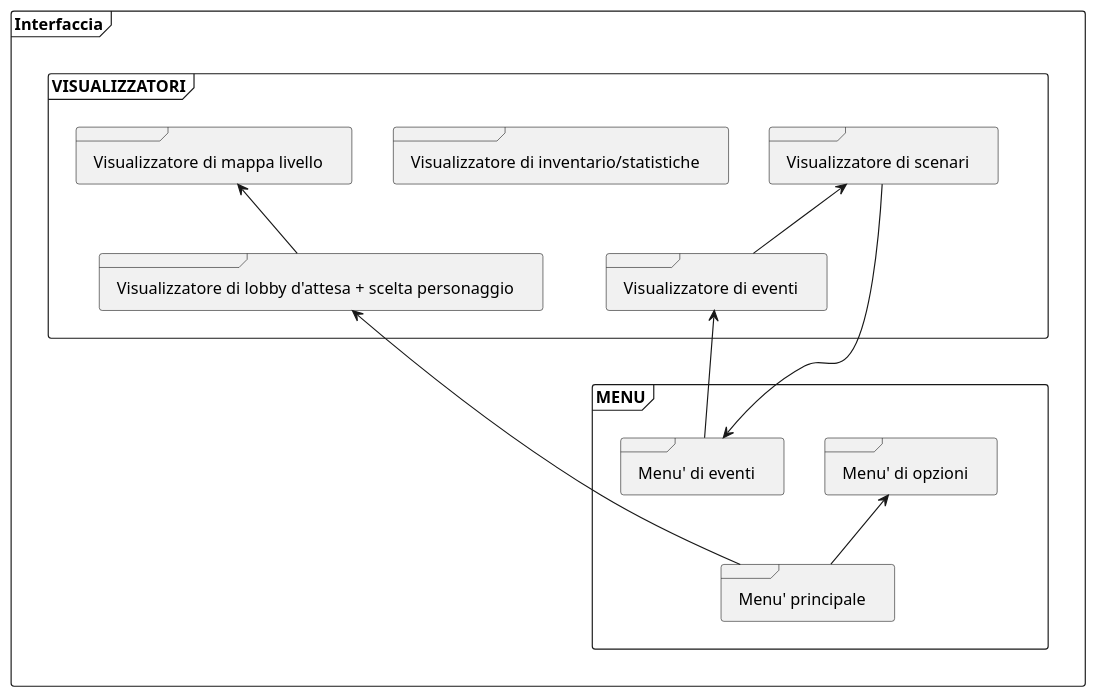
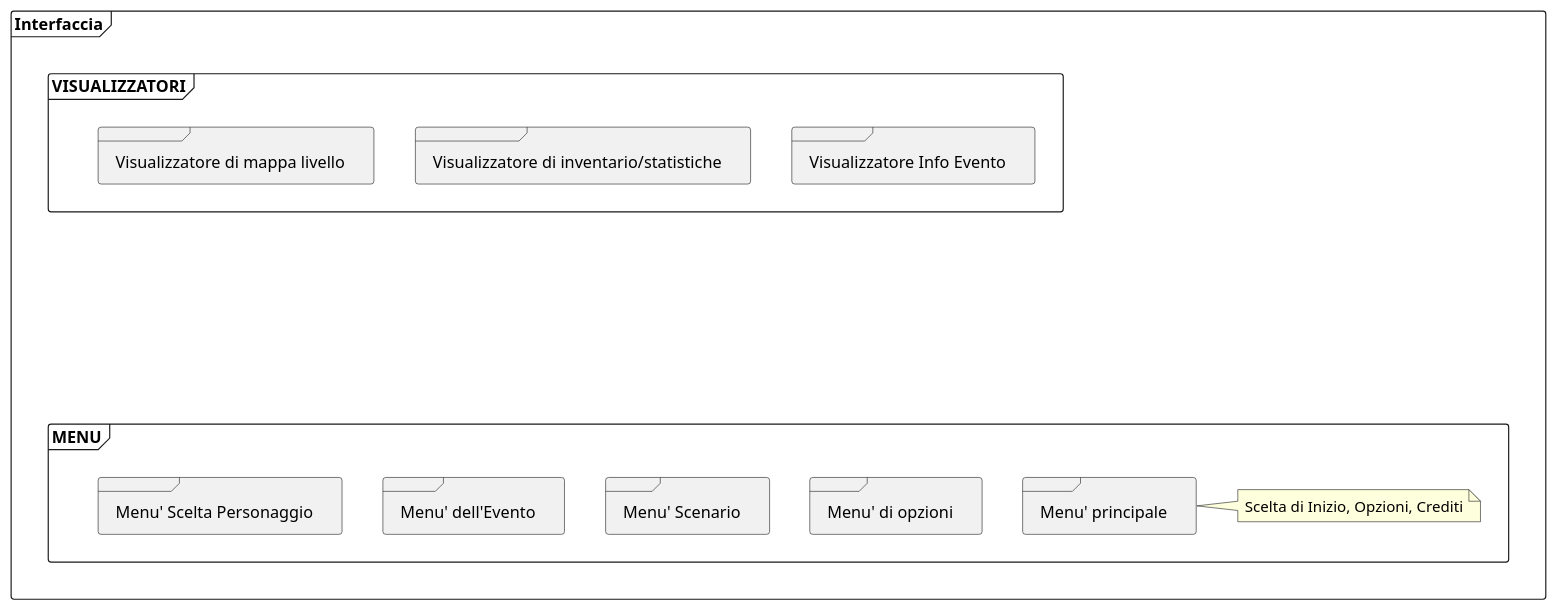
Before and after one commit to frax2004/ProgettoISS: the diagram in Architettura_logica.puml, drawn with PlantUML.

Commit message:
Modifica Architettura Logica (Architettura_logica.puml)

```diff
--- a/Architettura_logica.puml
+++ b/Architettura_logica.puml
@@ -1,88 +1,102 @@
 @startuml Architettura_logica
 
 ' usare MVC (Model-View-Controller):
 ' - Model: database
 ' - View: interfaccia grafica
 ' - Controller: Software vero e proprio
 
 ' Il controller sarà diviso in "categorie di classi"
 ' usando architettura a strati modulare.
 
 ' Model, View e Controller devono poter comunicare tra loro.
 
 ' Da fare una relazione alla fine del progetto
 
 
 ' Tenere a mente Client-Server
 ' Il database può essere "finto" (obv)
 ' DISEGNINO A BLOCKLY CHE A NOI CI PIACCIONO I DISEGNINI
 '
 ' Prossimi passaggi:
 ' 1) Definire i requisiti NON funzionali (non direttamente legati alle
 '    funzionalità del sistema) e definire come misurarli:
 '    ad esempio misure di velocità, performance ecc ecc...
 '
 ' 2) Definire i requisiti funzionali come le user story
 '    (ricorda la sintassi Who-What-Why) e gli Acceptance Criteria
 '
 '
 
 ' View, cosa mettere dentro:
 ' - Visualizzatore di scenari
 ' - Menu' di eventi
 ' - Visualizzatore di eventi
 ' - Visualizzatore di inventario/statistiche
 ' - Menu' principale
 ' - Lobby d'attesa + scelta personaggio
 ' - Visualizzatore di mappa livello
 ' - Menu' opzioni
 '
 
 
 ' Model, cosa mettere dentro:
 ' - Dati relativi ai personaggi/classi/nemici
 ' - Dati relativi all'equipaggiamento
 ' - Dati relativi ai potenziamenti
 
 frame "Interfaccia" {
+  ' Permettono visualizzazione di scelta di opzioni (Tramite Controller)
   frame "MENU" {
+    ' Scelta di Inizio, Opzioni, Crediti    
+    note "Scelta di Inizio, Opzioni, Crediti" as Peppe
     frame "Menu' principale" {
 
     }
-    frame "Menu' di eventi" {
+    "Menu' principale" -> Peppe
+    ' Scelta delle Impostazioni/Opzioni
+    frame "Menu' di opzioni" {
 
     }
-    frame "Menu' di opzioni"
+    ' Scelta degli eventi/opzioni in uno scenario
+    frame "Menu' Scenario" {
+
+    }
+    ' Scelta delle operazioni da fare in un Evento
+    frame "Menu' dell'Evento" {
+
+    }
+    ' Scelta della Classe
+    frame "Menu' Scelta Personaggio" {
+
+    }
   }
 
+    ' Permette la visualizzazione senza scelte (Tramite Controller)
   frame "VISUALIZZATORI" {
-
-    frame "Visualizzatore di scenari" {
+    ' Mostra le info di un evento in particolare
+    ' (Quello scelto dal menu')
+    frame "Visualizzatore Info Evento" {
 
     }
-    frame "Visualizzatore di eventi" {
-
-    }
+    ' Mostra le stats di ogni giocatore
     frame "Visualizzatore di inventario/statistiche" {
 
     }
+    ' Mostra la lista degli scenari (no MENU')
     frame "Visualizzatore di mappa livello" {
 
     }
-    frame "Visualizzatore di lobby d'attesa + scelta personaggio" {
-
-    }
     
-    "Visualizzatore di scenari" <-down- "Visualizzatore di eventi"
-    "Visualizzatore di mappa livello" <-down- "Visualizzatore di lobby d'attesa + scelta personaggio"
-
+    ' "Visualizzatore Info Evento" <-down- "Menu' Scenario"
   }
 
-  "Visualizzatore di lobby d'attesa + scelta personaggio" <-right- "Menu' principale"
-  "Menu' di opzioni" <-down- "Menu' principale"
-  "Menu' di eventi" <-down- "Visualizzatore di scenari"
-  "Visualizzatore di eventi" <-down- "Menu' di eventi"
+  ' "Menu' di opzioni" <-down- "Menu' principale"
+  ' "Menu' Scelta Personaggio" <-down- "Menu' principale"
+  ' "Menu' di eventi" <-down- "Visualizzatore di scenari"
+  ' "Visualizzatore di mappa livello" <-down- "Menu' Scelta Personaggio"
+  ' "Visualizzatore di eventi" <-down- "Menu' di eventi"
+  
   "VISUALIZZATORI" <---[hidden]down-- "MENU"
 }
 
 @enduml
```
